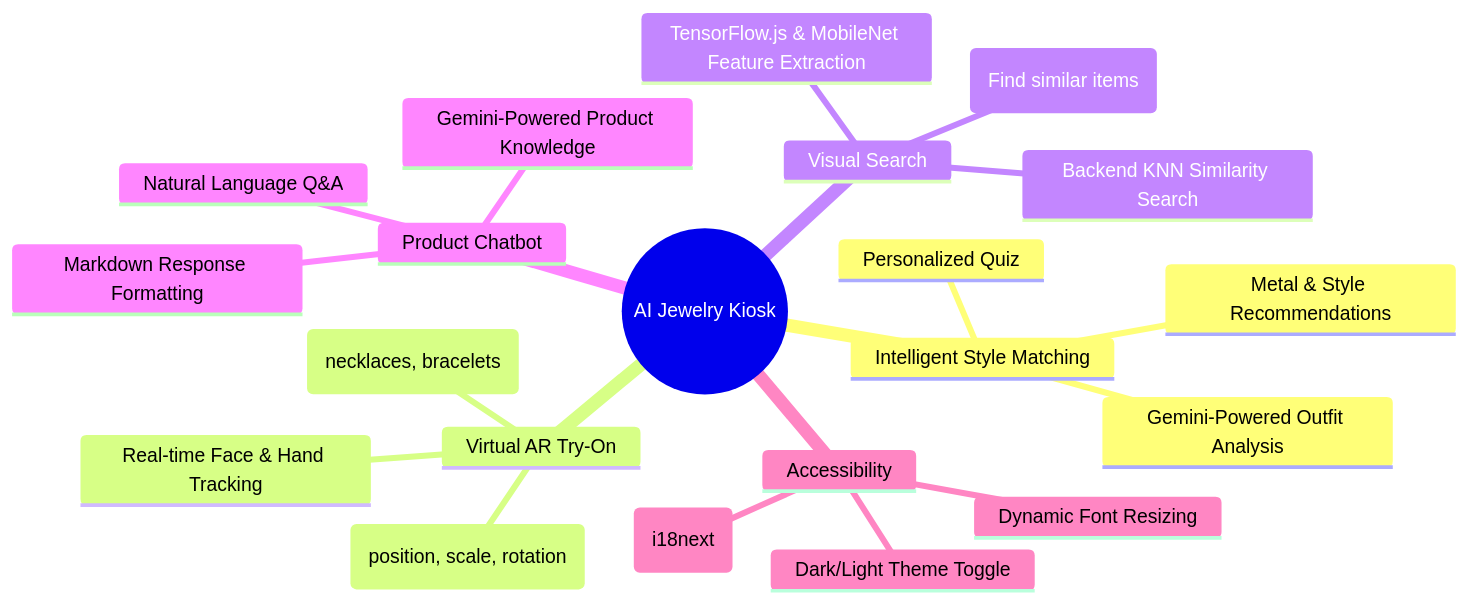
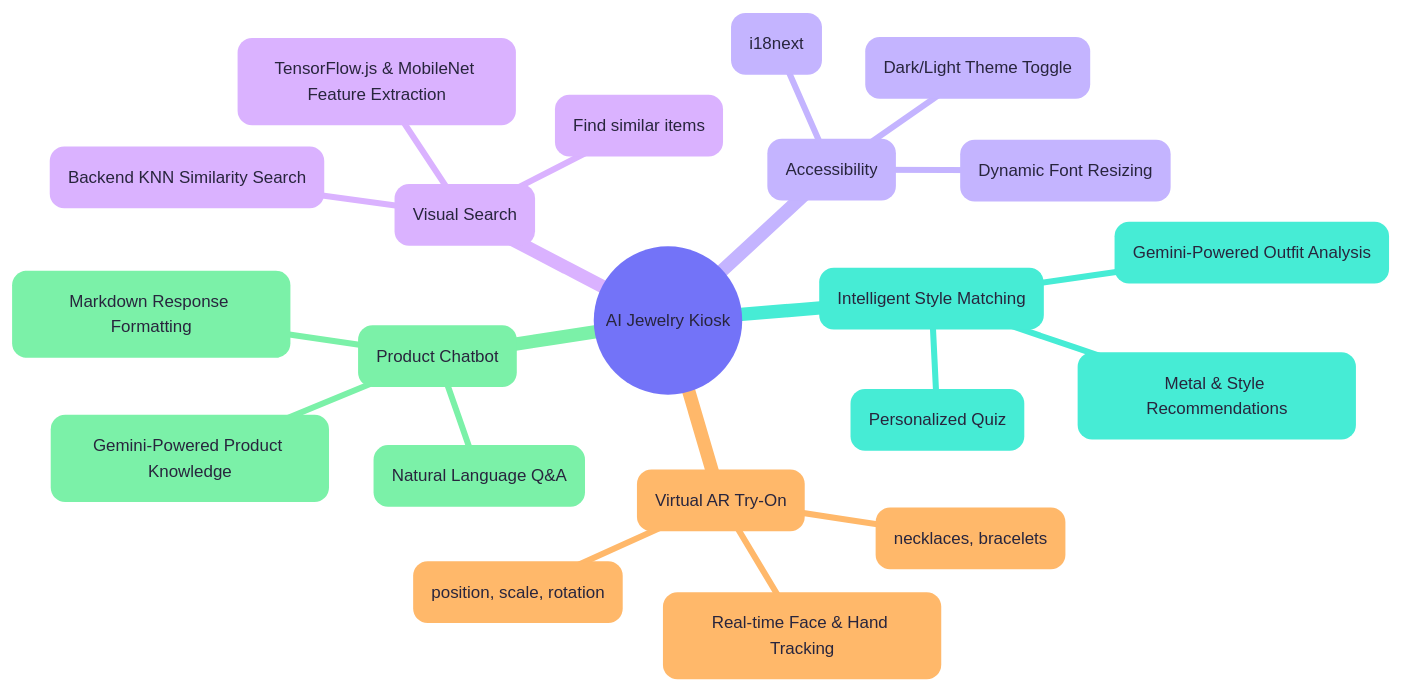
One commit to sashankbanda/evol-jewels-website changed the first of 3 diagrams in README.md. Above: the diagram before and after it, drawn with Mermaid.

Commit message:
fixed color in mindmap

````diff
--- a/README.md
+++ b/README.md
@@ -77,24 +77,28 @@
 ```mermaid
+---
+config:
+  theme: redux-color
+---
 mindmap
   root((AI Jewelry Kiosk))
     Intelligent Style Matching
       Personalized Quiz
       Gemini-Powered Outfit Analysis
       Metal & Style Recommendations
     Virtual AR Try-On
       Real-time Face & Hand Tracking
       3D Model Rendering (necklaces, bracelets)
       Manual Adjustment Controls (position, scale, rotation)
     Visual Search
       Image Upload (Find similar items)
       TensorFlow.js & MobileNet Feature Extraction
       Backend KNN Similarity Search
     Product Chatbot
       Natural Language Q&A
       Gemini-Powered Product Knowledge
       Markdown Response Formatting
     Accessibility
       Multilingual Support (i18next)
       Dynamic Font Resizing
       Dark/Light Theme Toggle
 ```
````
